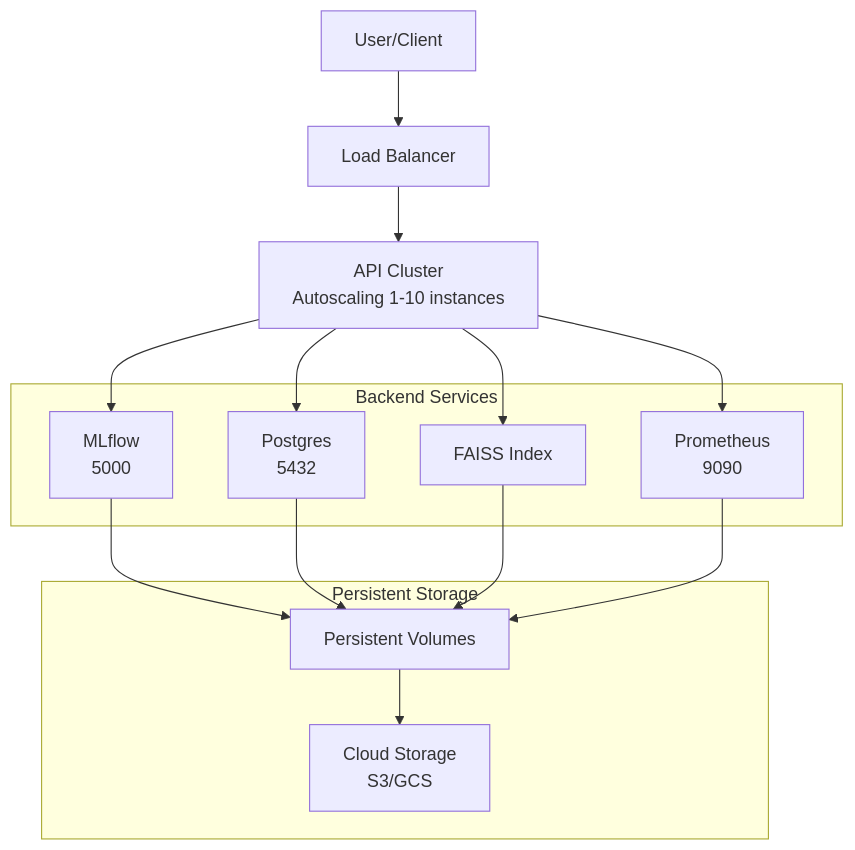
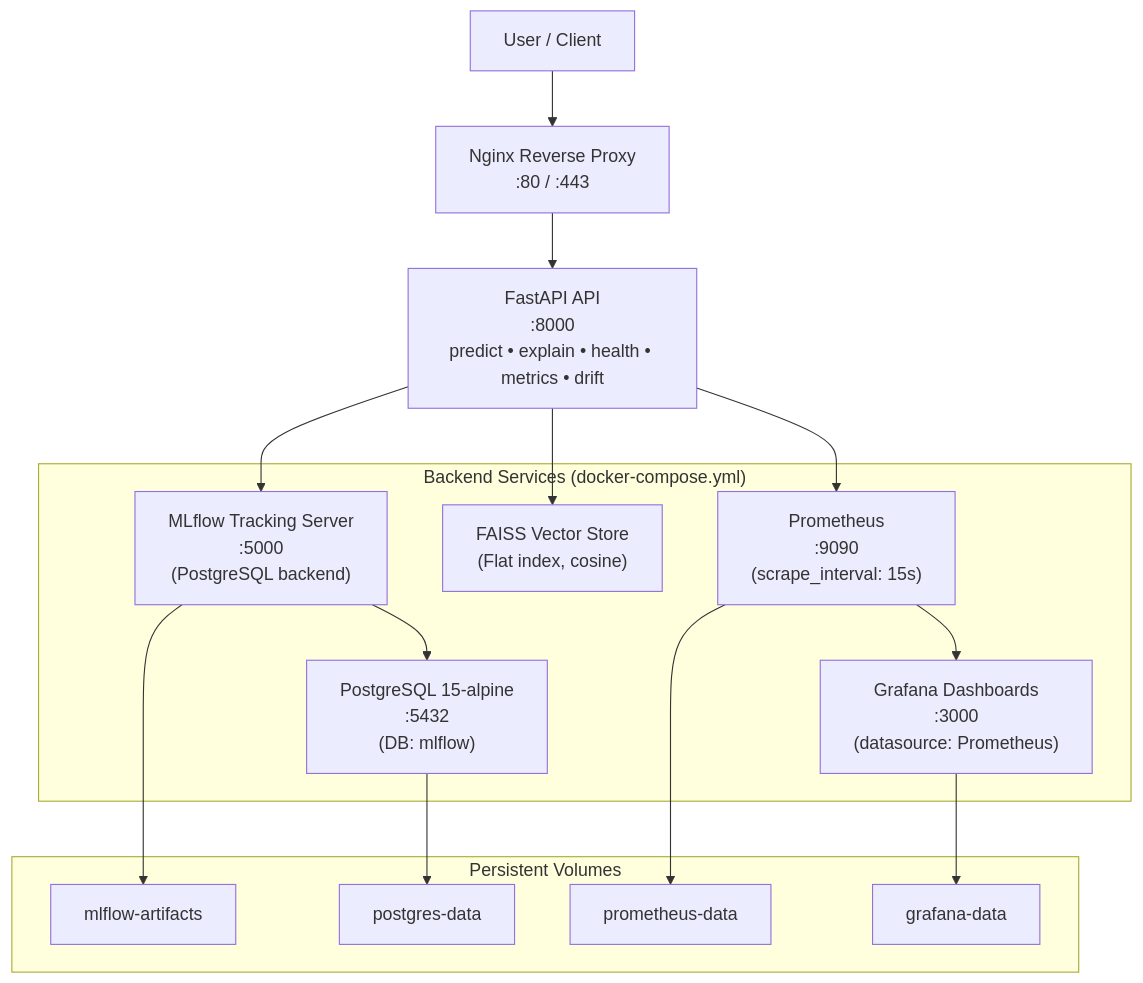
One commit to singh7985/Agentic-Early-Warning-Intelligence-System-for-Silent-System-Failures changed the sixth of 6 diagrams in docs/FINAL_REPORT.md. Above: the diagram before and after it, drawn with Mermaid. The commit also changed other lines of this file, not shown here.

Commit message:
fix(docs): update FINAL_REPORT.md diagrams to match actual codebase - rewrite all 4 Mermaid diagrams, add 2 new diagrams, fix all component specs and appendices

````diff
--- a/docs/FINAL_REPORT.md
+++ b/docs/FINAL_REPORT.md
@@ -240,29 +357,31 @@
 ```mermaid
 flowchart TD
-    User["User/Client"] --> LB["Load Balancer"]
-    LB --> API["API Cluster<br>Autoscaling 1-10 instances"]
-    
-    subgraph SERVICES [Backend Services]
-        MLflow["MLflow<br>5000"]
-        PG["Postgres<br>5432"]
-        FAISS["FAISS Index"]
-        Prom["Prometheus<br>9090"]
+    User["User / Client"] --> Nginx["Nginx Reverse Proxy<br/>:80 / :443"]
+    Nginx --> API["FastAPI API<br/>:8000<br/>predict • explain • health • metrics • drift"]
+
+    subgraph SERVICES ["Backend Services (docker-compose.yml)"]
+        MLflow["MLflow Tracking Server<br/>:5000<br/>(PostgreSQL backend)"]
+        PG["PostgreSQL 15-alpine<br/>:5432<br/>(DB: mlflow)"]
+        FAISS["FAISS Vector Store<br/>(Flat index, cosine)"]
+        Prom["Prometheus<br/>:9090<br/>(scrape_interval: 15s)"]
+        Grafana["Grafana Dashboards<br/>:3000<br/>(datasource: Prometheus)"]
     end
-    
+
     API --> MLflow
-    API --> PG
     API --> FAISS
     API --> Prom
-    
-    subgraph STORAGE [Persistent Storage]
-        PV["Persistent Volumes"]
-        Cloud["Cloud Storage<br>S3/GCS"]
+    MLflow --> PG
+    Prom --> Grafana
+
+    subgraph STORAGE ["Persistent Volumes"]
+        V1["mlflow-artifacts"]
+        V2["postgres-data"]
+        V3["prometheus-data"]
+        V4["grafana-data"]
     end
-    
-    MLflow --> PV
-    PG --> PV
-    FAISS --> PV
-    Prom --> PV
 
-    PV --> Cloud
+    MLflow --> V1
+    PG --> V2
+    Prom --> V3
+    Grafana --> V4
 ```
````
